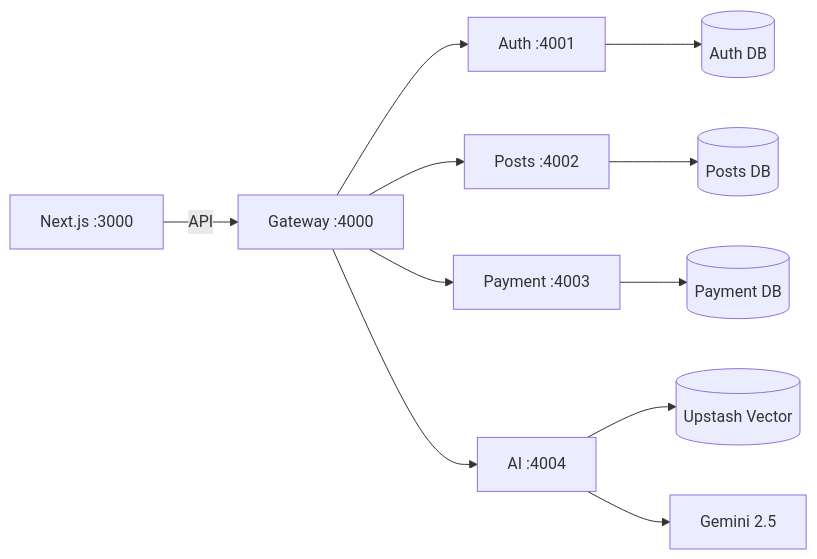
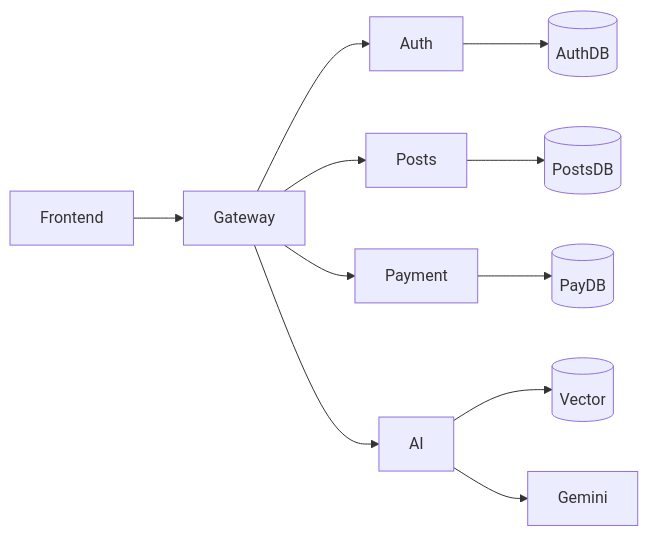
Before and after one commit to Luff-Org/Luff-Boilerplate: the first of 4 diagrams in README.md, drawn with Mermaid. The commit also changed other lines of this file and 4 other files, not shown here.

Commit message:
fix(docs): rewrite all mermaid diagrams with ultra-short labels for GitHub rendering

````diff
--- a/README.md
+++ b/README.md
@@ -26,13 +26,13 @@
 ```mermaid
 graph LR
-  A["Next.js :3000"] -->|API| B["Gateway :4000"]
-  B --> C["Auth :4001"]
-  B --> D["Posts :4002"]
-  B --> E["Payment :4003"]
-  B --> F["AI :4004"]
-  C --> G[(Auth DB)]
-  D --> H[(Posts DB)]
-  E --> I[(Payment DB)]
-  F --> J[(Upstash Vector)]
-  F --> K["Gemini 2.5"]
+  FE[Frontend] --> GW[Gateway]
+  GW --> A[Auth]
+  GW --> P[Posts]
+  GW --> Pay[Payment]
+  GW --> AI[AI]
+  A --> ADB[(AuthDB)]
+  P --> PDB[(PostsDB)]
+  Pay --> PayDB[(PayDB)]
+  AI --> UV[(Vector)]
+  AI --> GM[Gemini]
 ```
````
